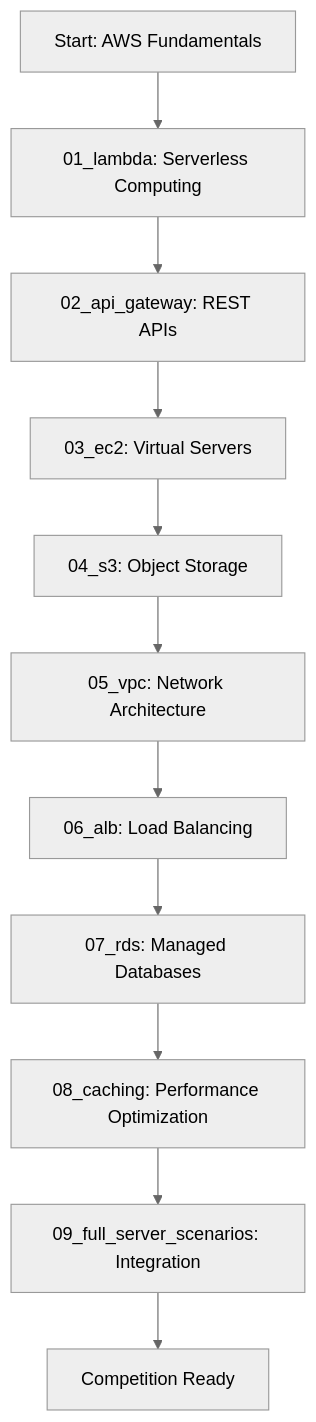
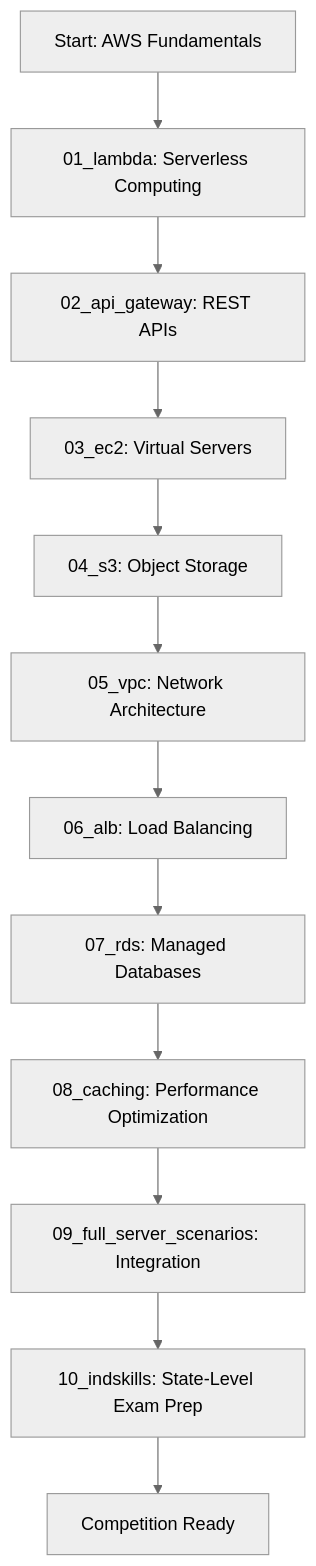
One commit to SaketSinghRajput/WSC-2026 changed the diagram in aws-worldskills-notes/README.md. Above: the diagram before and after it, drawn with Mermaid (neutral theme). The commit also changed other lines of this file and 11 other files, not shown here.

````diff
--- a/aws-worldskills-notes/README.md
+++ b/aws-worldskills-notes/README.md
@@ -15,13 +15,14 @@
 ```mermaid
 graph TD
     A[Start: AWS Fundamentals] --> B[01_lambda: Serverless Computing]
     B --> C[02_api_gateway: REST APIs]
     C --> D[03_ec2: Virtual Servers]
     D --> E[04_s3: Object Storage]
     E --> F[05_vpc: Network Architecture]
     F --> G[06_alb: Load Balancing]
     G --> H[07_rds: Managed Databases]
     H --> I[08_caching: Performance Optimization]
     I --> J[09_full_server_scenarios: Integration]
-    J --> K[Competition Ready]
+    J --> K[10_indskills: State-Level Exam Prep]
+    K --> L[Competition Ready]
 ```
````
